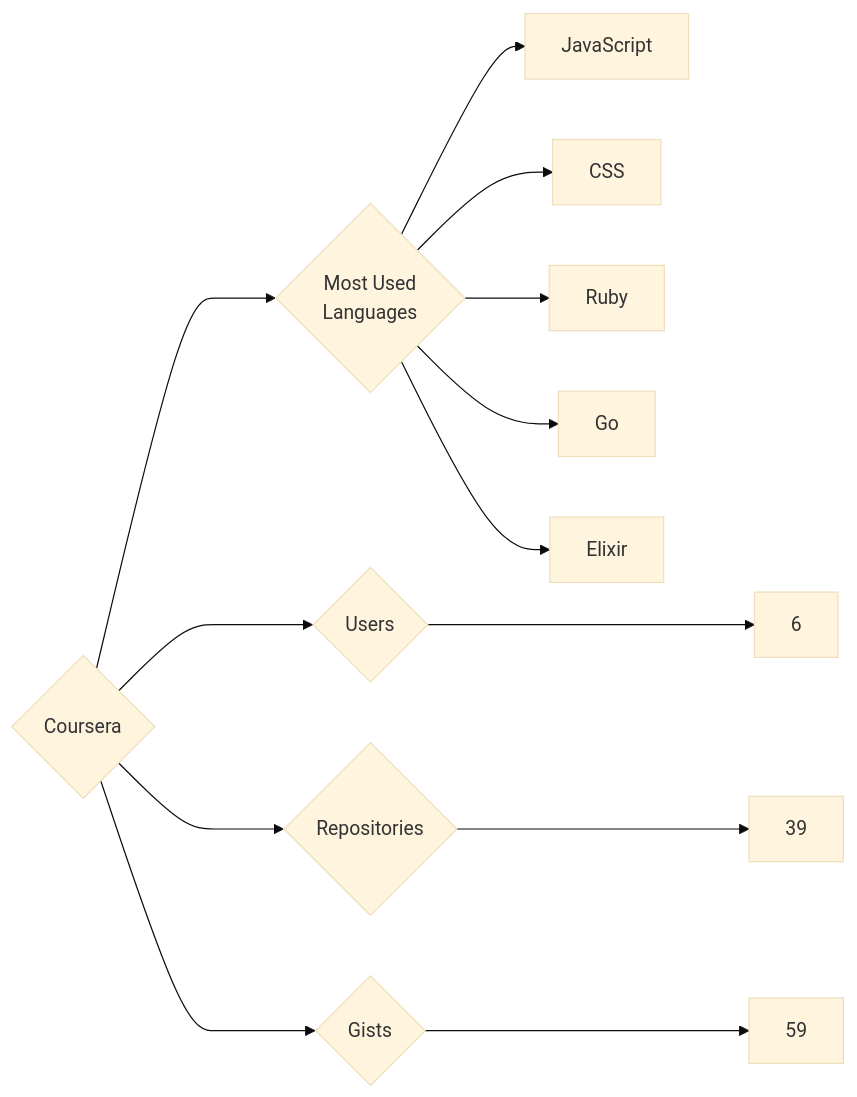
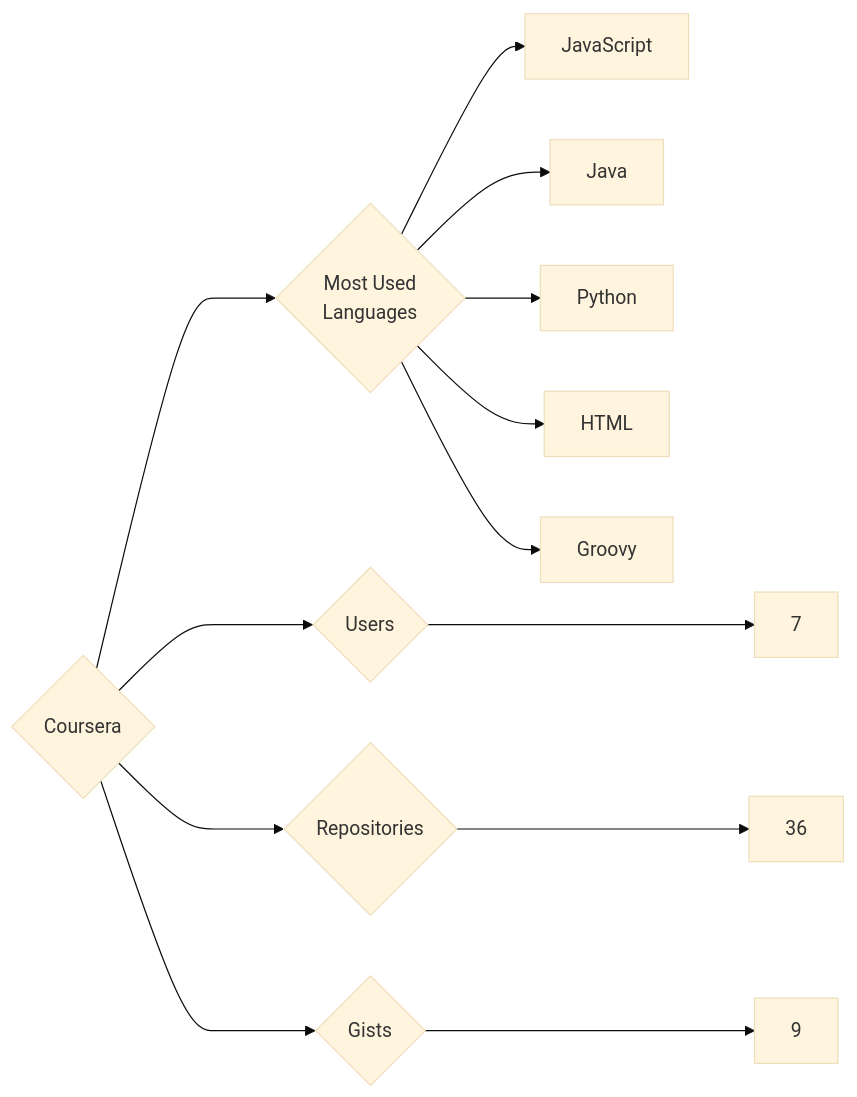
One commit to trickest/insiders changed the diagram in targets/Coursera/README.md. Above: the diagram before and after it, drawn with Mermaid (base theme). The commit also changed 951 other files, not shown here.

````diff
--- a/targets/Coursera/README.md
+++ b/targets/Coursera/README.md
@@ -3,13 +3,13 @@
 ```mermaid
 graph LR
 COMPANY_NAME{Coursera}
-COMPANY_NAME ---> U{Users} ---> UN[6]
-COMPANY_NAME ---> R{Repositories} ---> RN[39]
-COMPANY_NAME ---> G{Gists} ---> GN[59]
+COMPANY_NAME ---> U{Users} ---> UN[7]
+COMPANY_NAME ---> R{Repositories} ---> RN[36]
+COMPANY_NAME ---> G{Gists} ---> GN[9]
 COMPANY_NAME ---> ML{Most Used<br>Languages}
-ML --> JavaScript
-ML --> CSS
-ML --> Ruby
-ML --> Go
-ML --> Elixir
+ML --> JavaScript[JavaScript]
+ML --> Java[Java]
+ML --> Python[Python]
+ML --> HTML[HTML]
+ML --> Groovy[Groovy]
 ```
````
